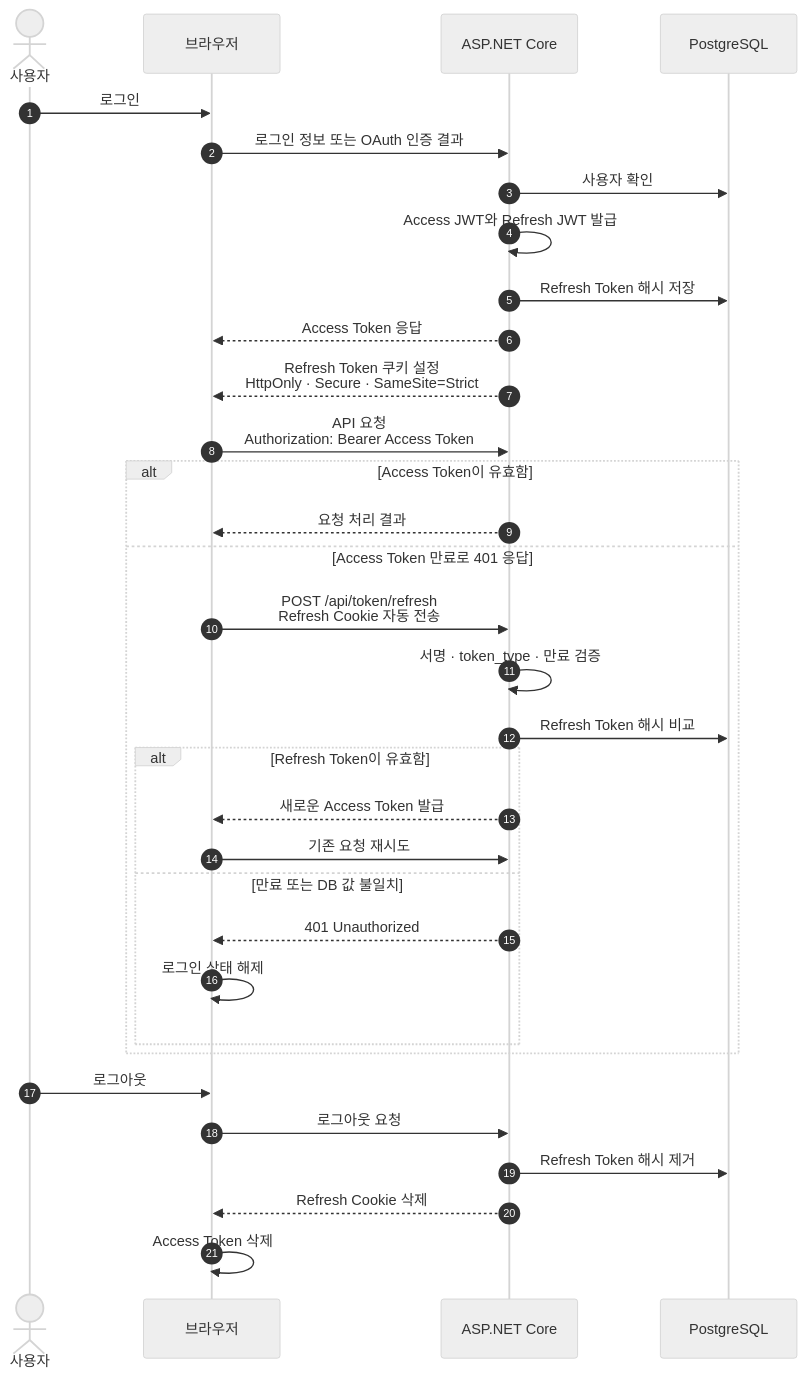
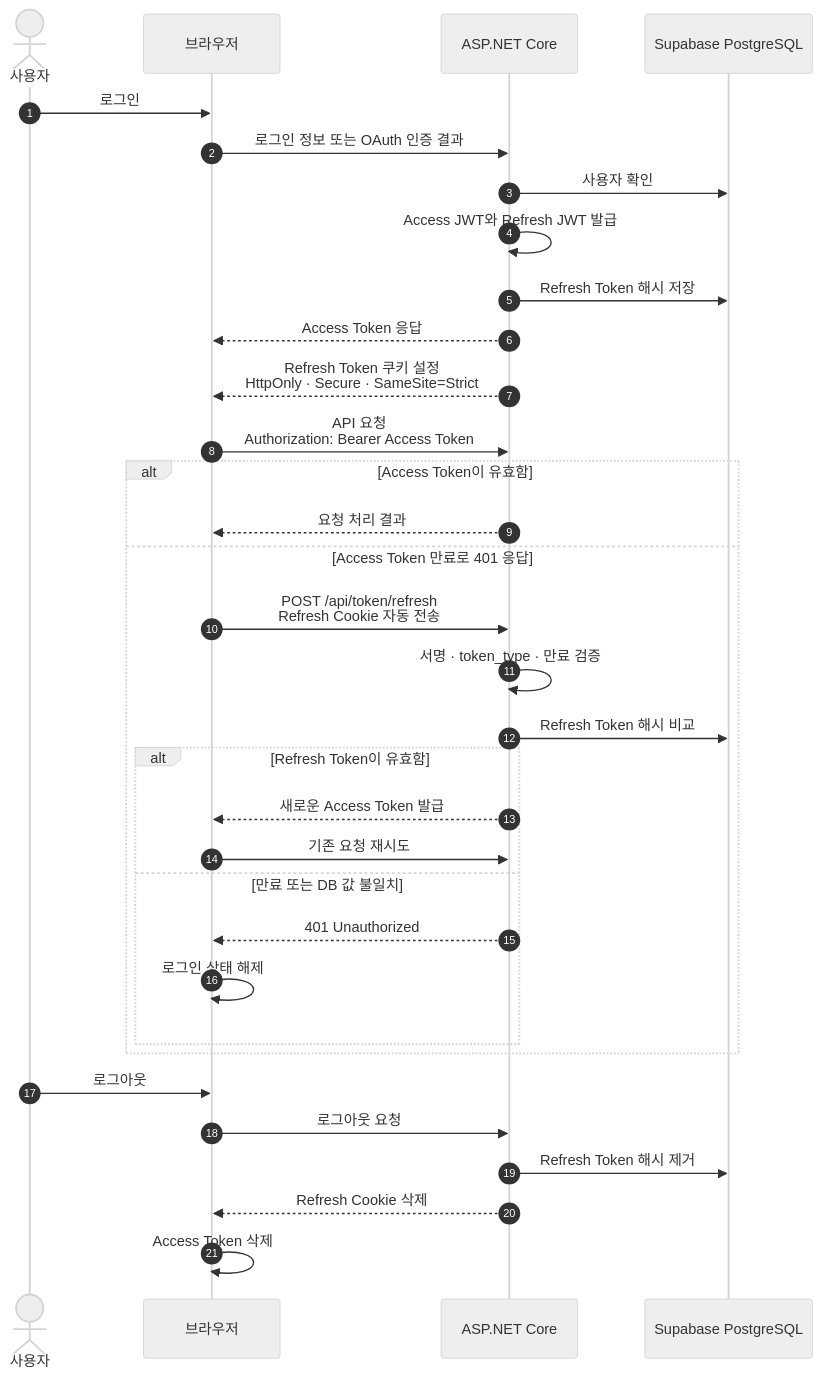
One commit to mango125/community-c changed the second of 3 diagrams in README.md. Above: the diagram before and after it, drawn with Mermaid (neutral theme). The commit also changed other lines of this file, not shown here.

Commit message:
docs: README에 OCI 및 Supabase 구성 추가

````diff
--- a/README.md
+++ b/README.md
@@ -84,40 +93,40 @@
 ```mermaid
 sequenceDiagram
     autonumber
     actor User as 사용자
     participant Browser as 브라우저
     participant App as ASP.NET Core
-    participant DB as PostgreSQL
+    participant DB as Supabase PostgreSQL
 
     User->>Browser: 로그인
     Browser->>App: 로그인 정보 또는 OAuth 인증 결과
     App->>DB: 사용자 확인
     App->>App: Access JWT와 Refresh JWT 발급
     App->>DB: Refresh Token 해시 저장
     App-->>Browser: Access Token 응답
     App-->>Browser: Refresh Token 쿠키 설정<br/>HttpOnly · Secure · SameSite=Strict
 
     Browser->>App: API 요청<br/>Authorization: Bearer Access Token
 
     alt Access Token이 유효함
         App-->>Browser: 요청 처리 결과
     else Access Token 만료로 401 응답
         Browser->>App: POST /api/token/refresh<br/>Refresh Cookie 자동 전송
         App->>App: 서명 · token_type · 만료 검증
         App->>DB: Refresh Token 해시 비교
 
         alt Refresh Token이 유효함
             App-->>Browser: 새로운 Access Token 발급
             Browser->>App: 기존 요청 재시도
         else 만료 또는 DB 값 불일치
             App-->>Browser: 401 Unauthorized
             Browser->>Browser: 로그인 상태 해제
         end
     end
 
     User->>Browser: 로그아웃
     Browser->>App: 로그아웃 요청
     App->>DB: Refresh Token 해시 제거
     App-->>Browser: Refresh Cookie 삭제
     Browser->>Browser: Access Token 삭제
 ```
````
